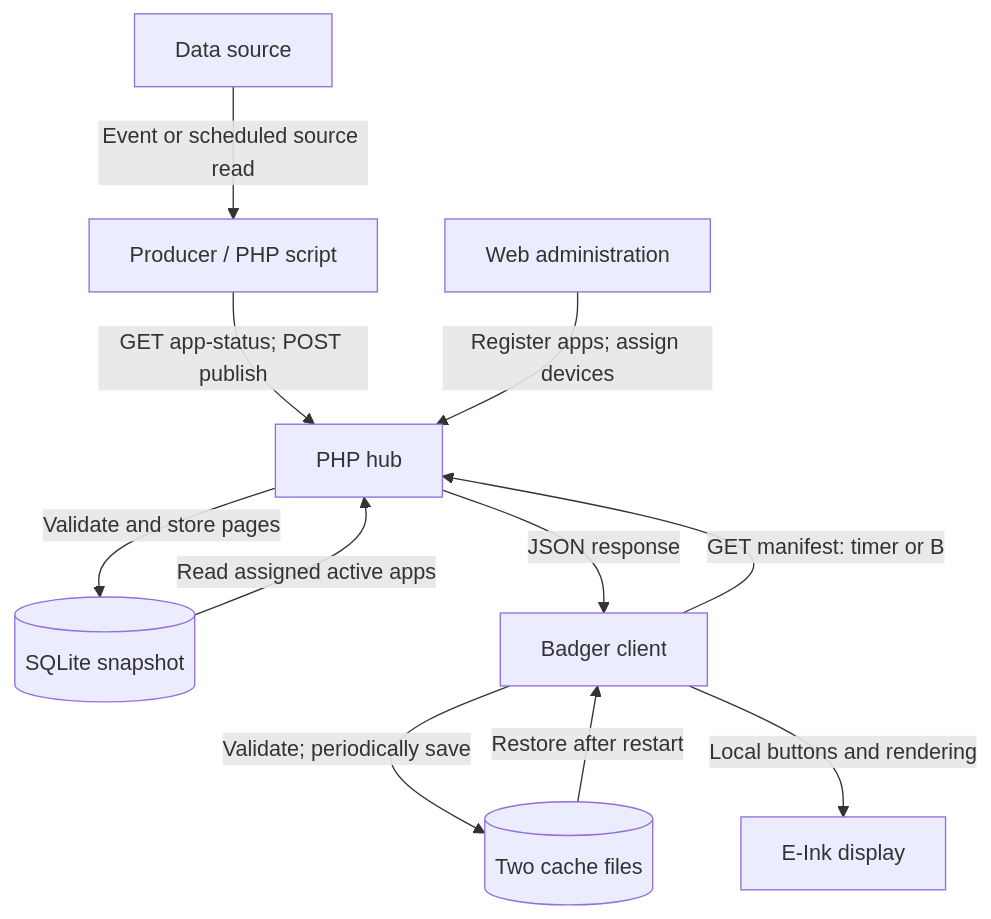
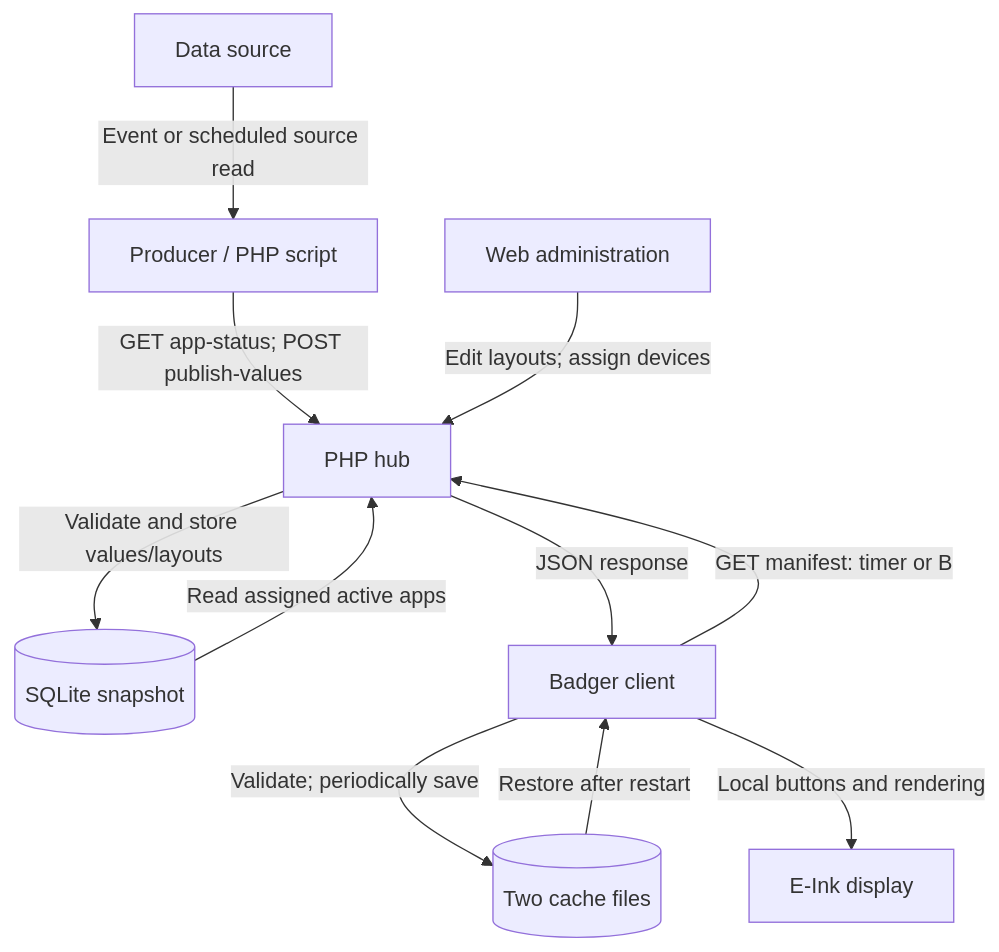
One commit to ulrischa/badger-universal-app changed the first of 2 diagrams in docs/data-flow.md. Above: the diagram before and after it, drawn with Mermaid. The commit also changed other lines of this file and 21 other files, not shown here.

````diff
--- a/docs/data-flow.md
+++ b/docs/data-flow.md
@@ -20,13 +20,13 @@
 ```mermaid
 flowchart TD
     Source["Data source"] -->|"Event or scheduled source read"| Producer["Producer / PHP script"]
-    Producer -->|"GET app-status; POST publish"| Hub["PHP hub"]
-    Admin["Web administration"] -->|"Register apps; assign devices"| Hub
-    Hub -->|"Validate and store pages"| DB[("SQLite snapshot")]
+    Producer -->|"GET app-status; POST publish-values"| Hub["PHP hub"]
+    Admin["Web administration"] -->|"Edit layouts; assign devices"| Hub
+    Hub -->|"Validate and store values/layouts"| DB[("SQLite snapshot")]
     DB -->|"Read assigned active apps"| Hub
     Badge["Badger client"] -->|"GET manifest: timer or B"| Hub
     Hub -->|"JSON response"| Badge
     Badge -->|"Validate; periodically save"| Cache[("Two cache files")]
     Cache -->|"Restore after restart"| Badge
     Badge -->|"Local buttons and rendering"| Display["E-Ink display"]
 ```
````
